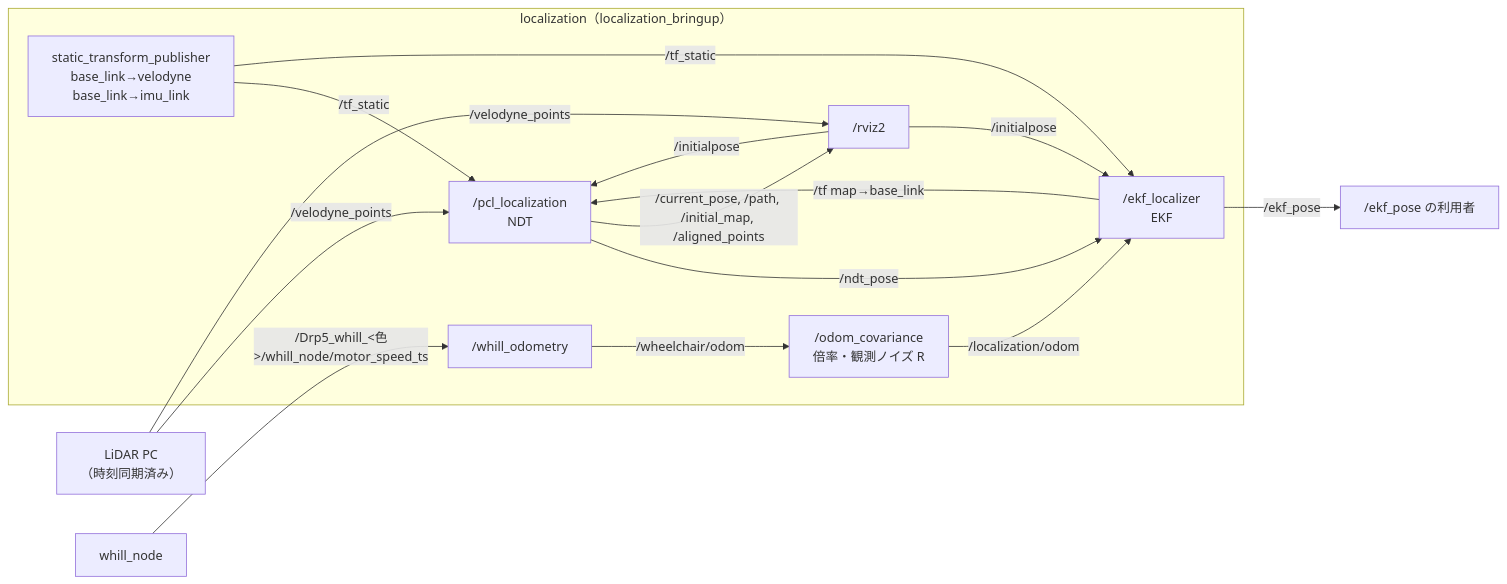
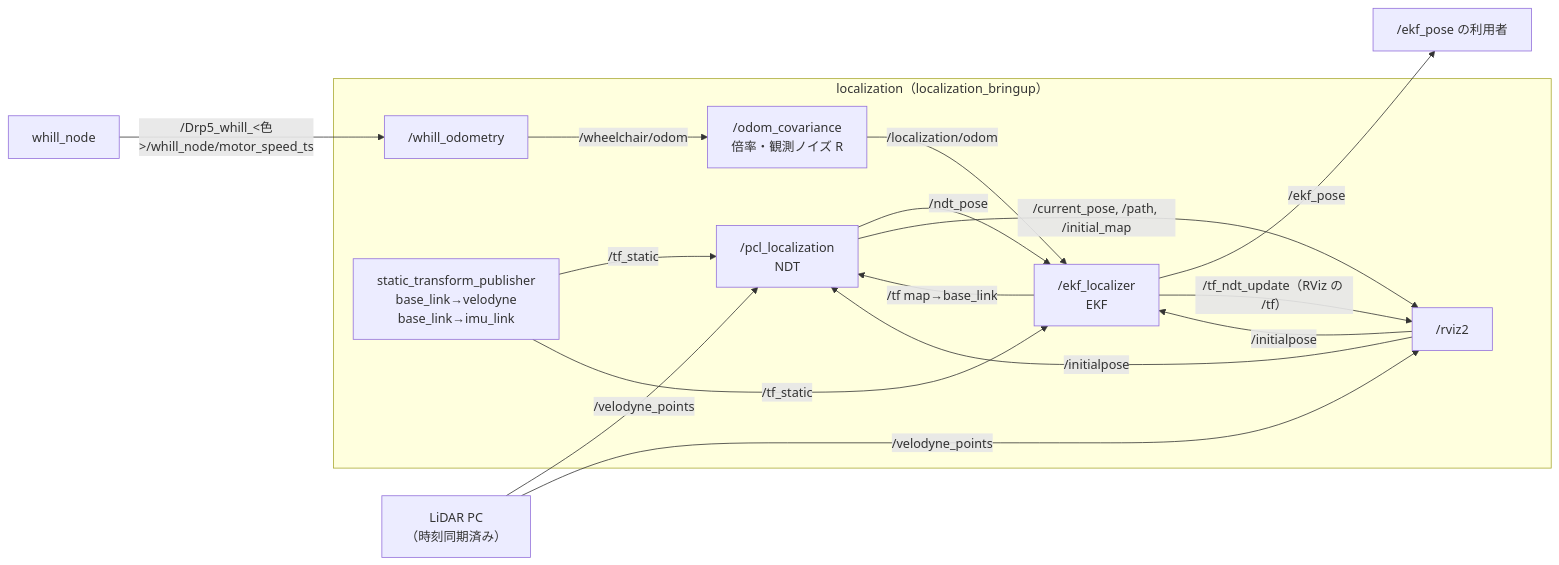
The second of 3 diagrams in docs/node_graph.md (MaeharaTakumi/localization_bringup), drawn with Mermaid before and after one commit. The commit also changed other lines of this file and 2 other files, not shown here.

First line of the commit message:
RViz の /tf を /tf_ndt_update に付け替え、点群を EKF の NDT の更新値で変換する

````diff
--- a/docs/node_graph.md
+++ b/docs/node_graph.md
@@ -53,31 +55,32 @@
 ```mermaid
 flowchart LR
   lidar["LiDAR PC<br/>（時刻同期済み）"]
   whill["whill_node"]
   subgraph LOC["localization（localization_bringup）"]
     wodom["/whill_odometry"]
     stf["static_transform_publisher<br/>base_link→velodyne<br/>base_link→imu_link"]
     ndt["/pcl_localization<br/>NDT"]
     ocov["/odom_covariance<br/>倍率・観測ノイズ R"]
     ekf["/ekf_localizer<br/>EKF"]
     rviz["/rviz2"]
   end
 
   user["/ekf_pose の利用者"]
 
   lidar -->|"/velodyne_points"| ndt
   whill -->|"/Drp5_whill_&lt;色&gt;/whill_node/motor_speed_ts"| wodom
   wodom -->|"/wheelchair/odom"| ocov
   ocov -->|"/localization/odom"| ekf
   stf -->|"/tf_static"| ndt
   stf -->|"/tf_static"| ekf
 
   ndt -->|"/ndt_pose"| ekf
   ekf -->|"/tf map→base_link"| ndt
   ekf -->|"/ekf_pose"| user
 
   lidar -->|"/velodyne_points"| rviz
-  ndt -->|"/current_pose, /path, /initial_map, /aligned_points"| rviz
+  ndt -->|"/current_pose, /path, /initial_map"| rviz
+  ekf -->|"/tf_ndt_update（RViz の /tf）"| rviz
   rviz -->|"/initialpose"| ndt
   rviz -->|"/initialpose"| ekf
 ```
````
